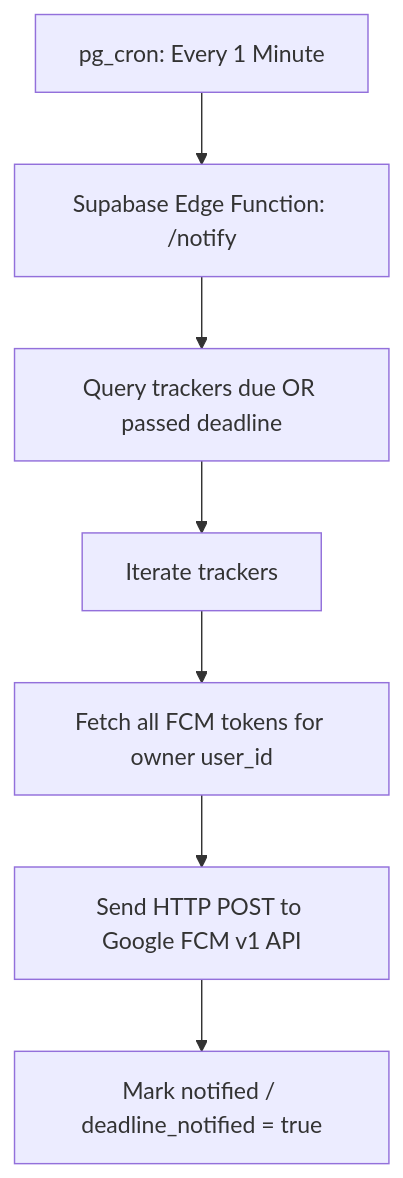
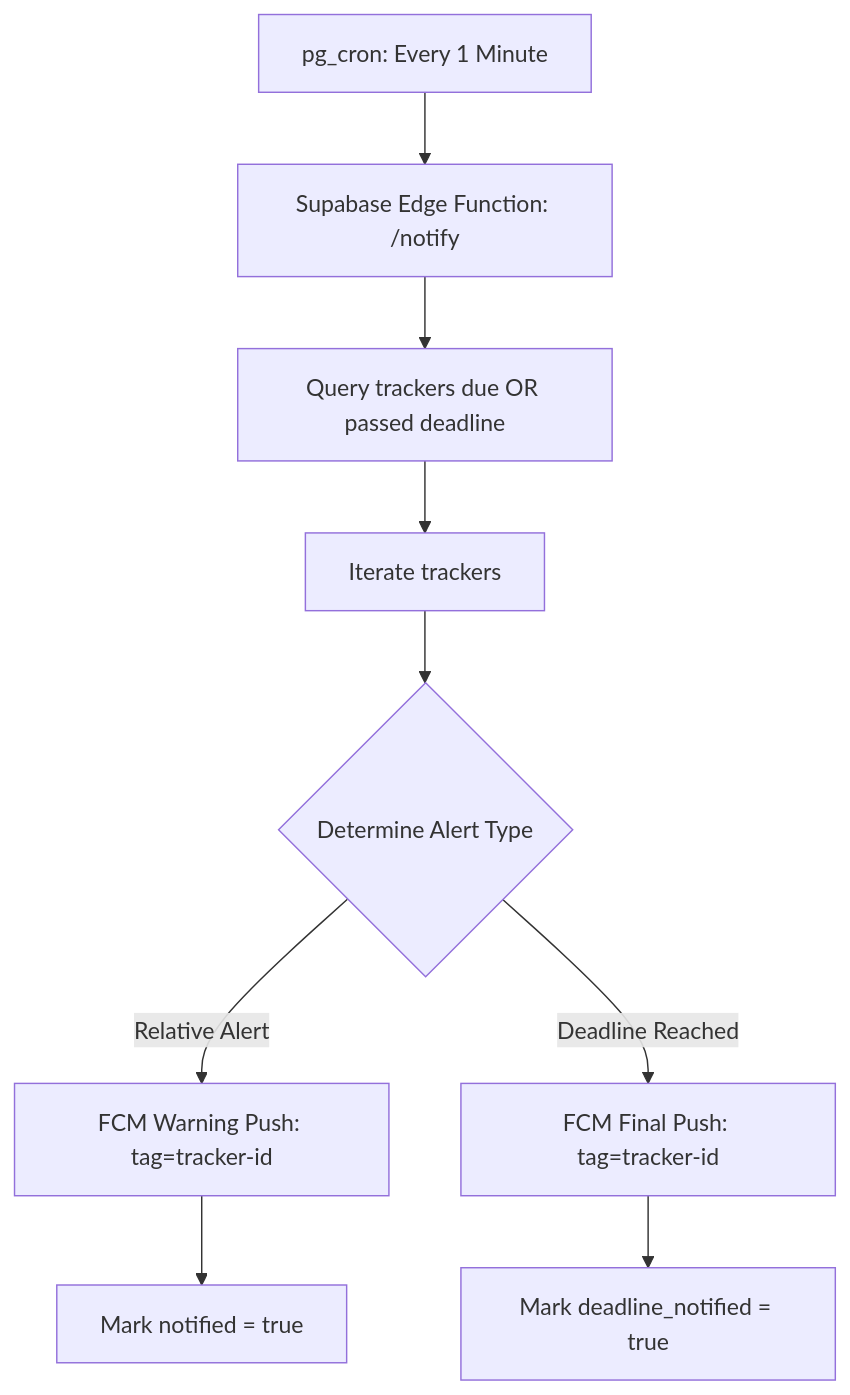
Before and after one commit to Anandavnish/ProgressShelf: the second of 2 diagrams in fcm_notifications_report.md, drawn with Mermaid. The commit also changed other lines of this file and 3 other files, not shown here.

Commit message:
Implement FCM high priority pushes, background visibility token re-sync, service worker push replacement logic, and update report

````diff
--- a/fcm_notifications_report.md
+++ b/fcm_notifications_report.md
@@ -39,9 +47,11 @@
 ```mermaid
 graph TD
     Cron[pg_cron: Every 1 Minute] --> Edge[Supabase Edge Function: /notify]
     Edge --> Query[Query trackers due OR passed deadline]
     Query --> Loop[Iterate trackers]
-    Loop --> TokenFetch[Fetch all FCM tokens for owner user_id]
-    TokenFetch --> FCMv1[Send HTTP POST to Google FCM v1 API]
-    FCMv1 --> DBUpdate[Mark notified / deadline_notified = true]
+    Loop --> CheckType{Determine Alert Type}
+    CheckType -- Relative Alert --> SendRel[FCM Warning Push: tag=tracker-id]
+    CheckType -- Deadline Reached --> SendDead[FCM Final Push: tag=tracker-id]
+    SendRel --> DBUpdate1[Mark notified = true]
+    SendDead --> DBUpdate2[Mark deadline_notified = true]
 ```
````
